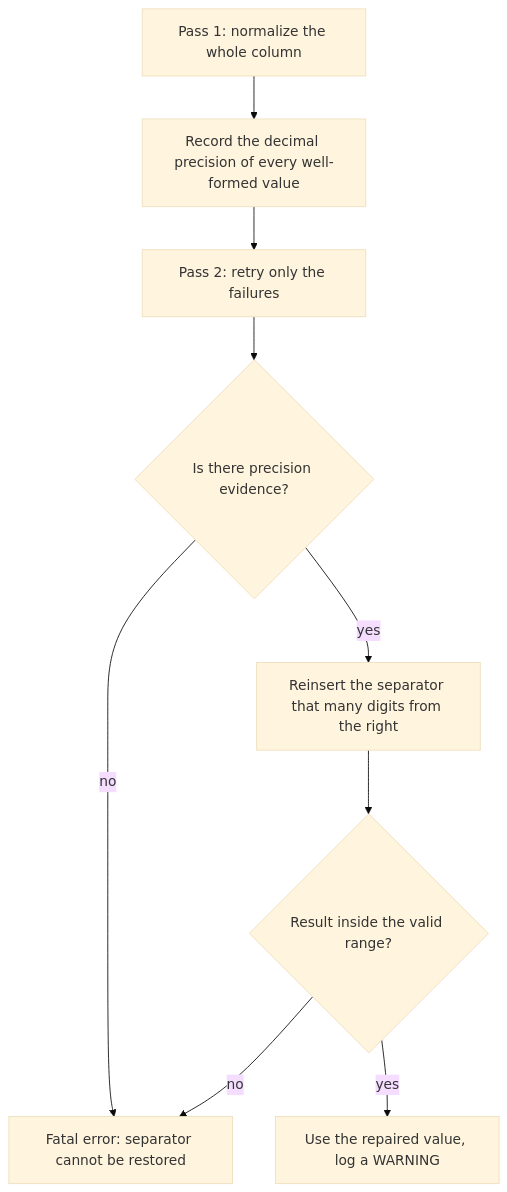
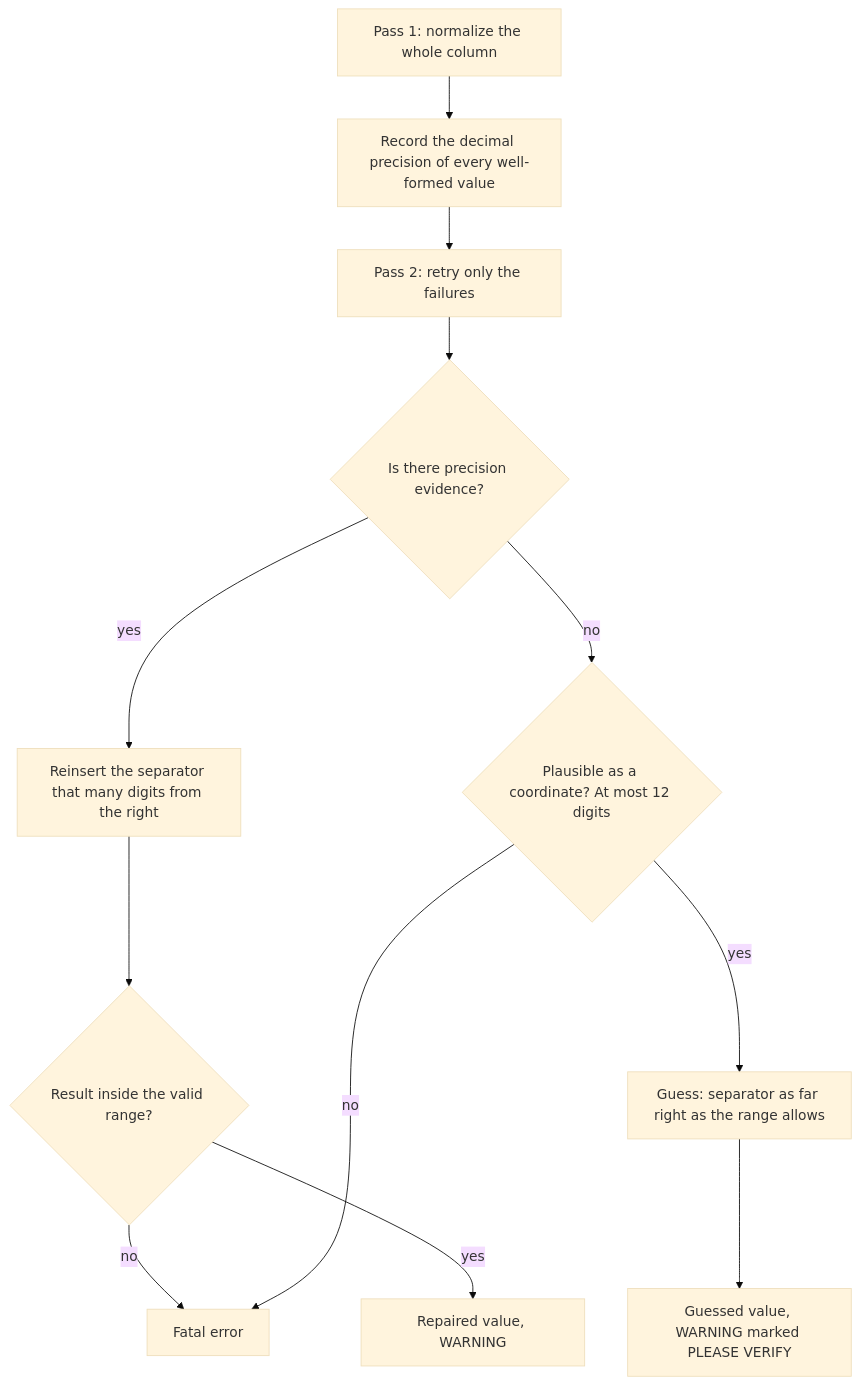
One commit to hadiibrahim-Engin/parser changed the sixth of 6 diagrams in README.md. Above: the diagram before and after it, drawn with Mermaid (base theme). The commit also changed other lines of this file and 7 other files, not shown here.

First line of the commit message:
feat: Implement coordinate separator guessing and enhance relevance handling

````diff
--- a/README.md
+++ b/README.md
@@ -517,11 +517,14 @@
 ```mermaid
 flowchart TD
     A["Pass 1: normalize the whole column"] --> B["Record the decimal precision of every well-formed value"]
     B --> C["Pass 2: retry only the failures"]
     C --> D{"Is there precision evidence?"}
-    D -->|no| E["Fatal error: separator cannot be restored"]
     D -->|yes| F["Reinsert the separator that many digits from the right"]
     F --> G{"Result inside the valid range?"}
-    G -->|no| E
-    G -->|yes| H["Use the repaired value, log a WARNING"]
+    G -->|no| E["Fatal error"]
+    G -->|yes| H["Repaired value, WARNING"]
+    D -->|no| I{"Plausible as a coordinate? At most 12 digits"}
+    I -->|no| E
+    I -->|yes| J["Guess: separator as far right as the range allows"]
+    J --> K["Guessed value, WARNING marked PLEASE VERIFY"]
 ```
````
